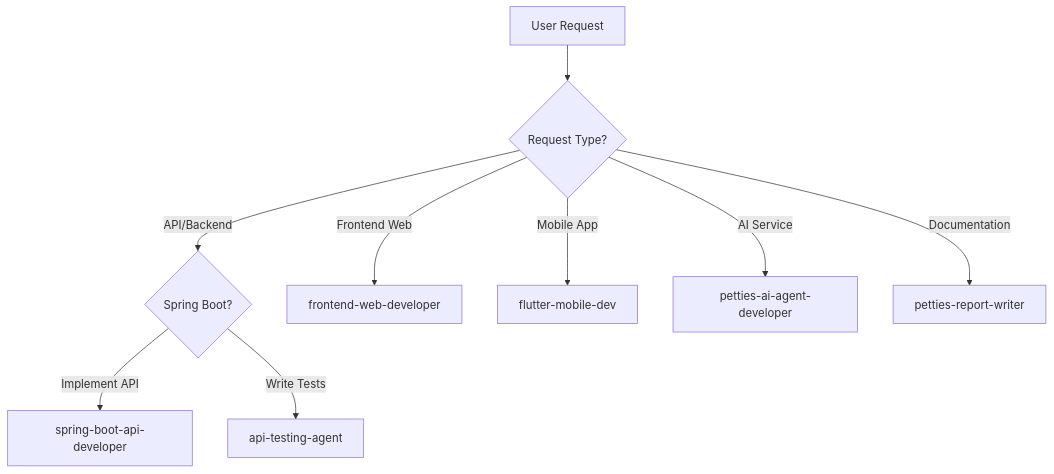
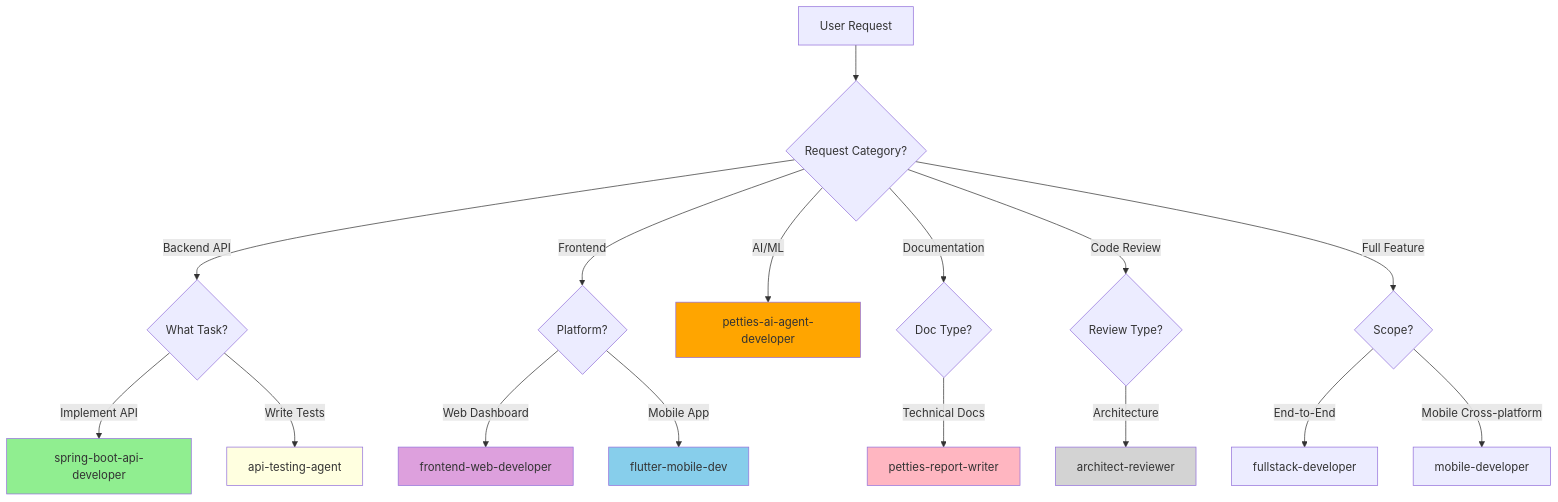
One commit to espresso23/Petties-Veterinary-Appointment-Booking-Platform changed the diagram in CLAUDE.md. Above: the diagram before and after it, drawn with Mermaid. The commit also changed other lines of this file and 63 other files, not shown here.

Commit message:
feat: Thêm quản lý OTP bằng Redis, chức năng thay đổi email người dùng trên di động và web, cùng với tài liệu hệ thống và cấu hình backend.

````diff
--- a/CLAUDE.md
+++ b/CLAUDE.md
@@ -206,13 +216,32 @@
 ```mermaid
 flowchart TD
-    A[User Request] --> B{Request Type?}
+    A[User Request] --> B{Request Category?}
 
-    B -->|API/Backend| C{Spring Boot?}
+    B -->|Backend API| C{What Task?}
     C -->|Implement API| D[spring-boot-api-developer]
     C -->|Write Tests| E[api-testing-agent]
 
-    B -->|Frontend Web| F[frontend-web-developer]
-    B -->|Mobile App| G[flutter-mobile-dev]
-    B -->|AI Service| H[petties-ai-agent-developer]
-    B -->|Documentation| I[petties-report-writer]
+    B -->|Frontend| F{Platform?}
+    F -->|Web Dashboard| G[frontend-web-developer]
+    F -->|Mobile App| H[flutter-mobile-dev]
+
+    B -->|AI/ML| I[petties-ai-agent-developer]
+
+    B -->|Documentation| J{Doc Type?}
+    J -->|Technical Docs| K[petties-report-writer]
+
+    B -->|Code Review| L{Review Type?}
+    L -->|Architecture| M[architect-reviewer]
+
+    B -->|Full Feature| N{Scope?}
+    N -->|End-to-End| O[fullstack-developer]
+    N -->|Mobile Cross-platform| P[mobile-developer]
+
+    style D fill:#90EE90
+    style E fill:#FFFFE0
+    style G fill:#DDA0DD
+    style H fill:#87CEEB
+    style I fill:#FFA500
+    style K fill:#FFB6C1
+    style M fill:#D3D3D3
 ```
````
